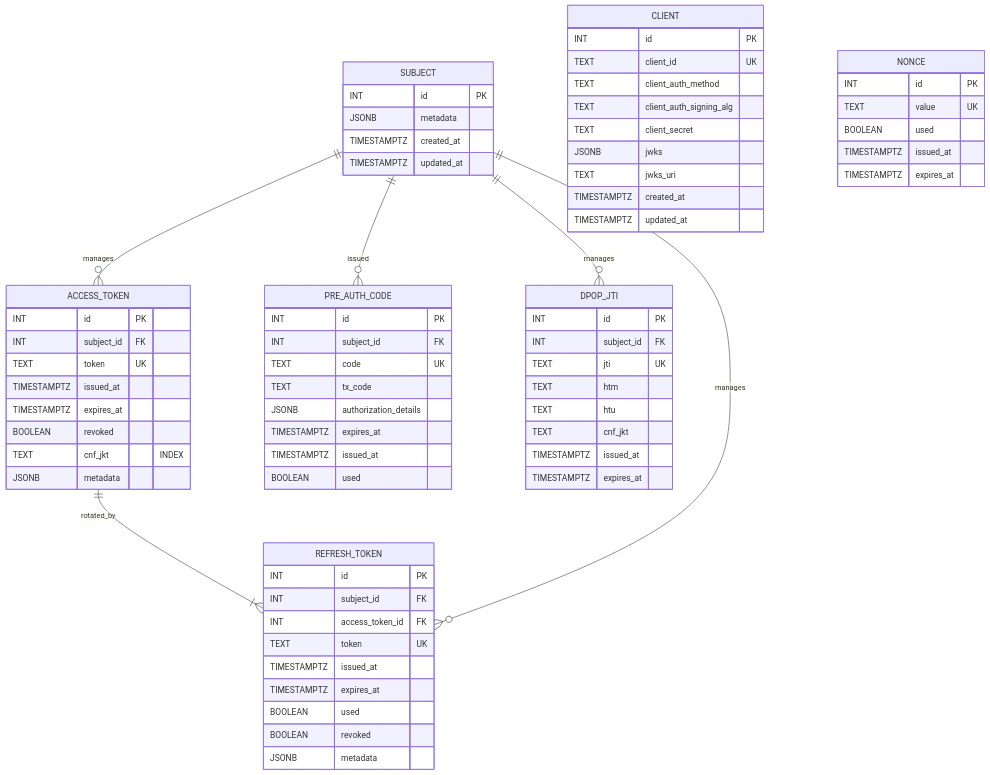
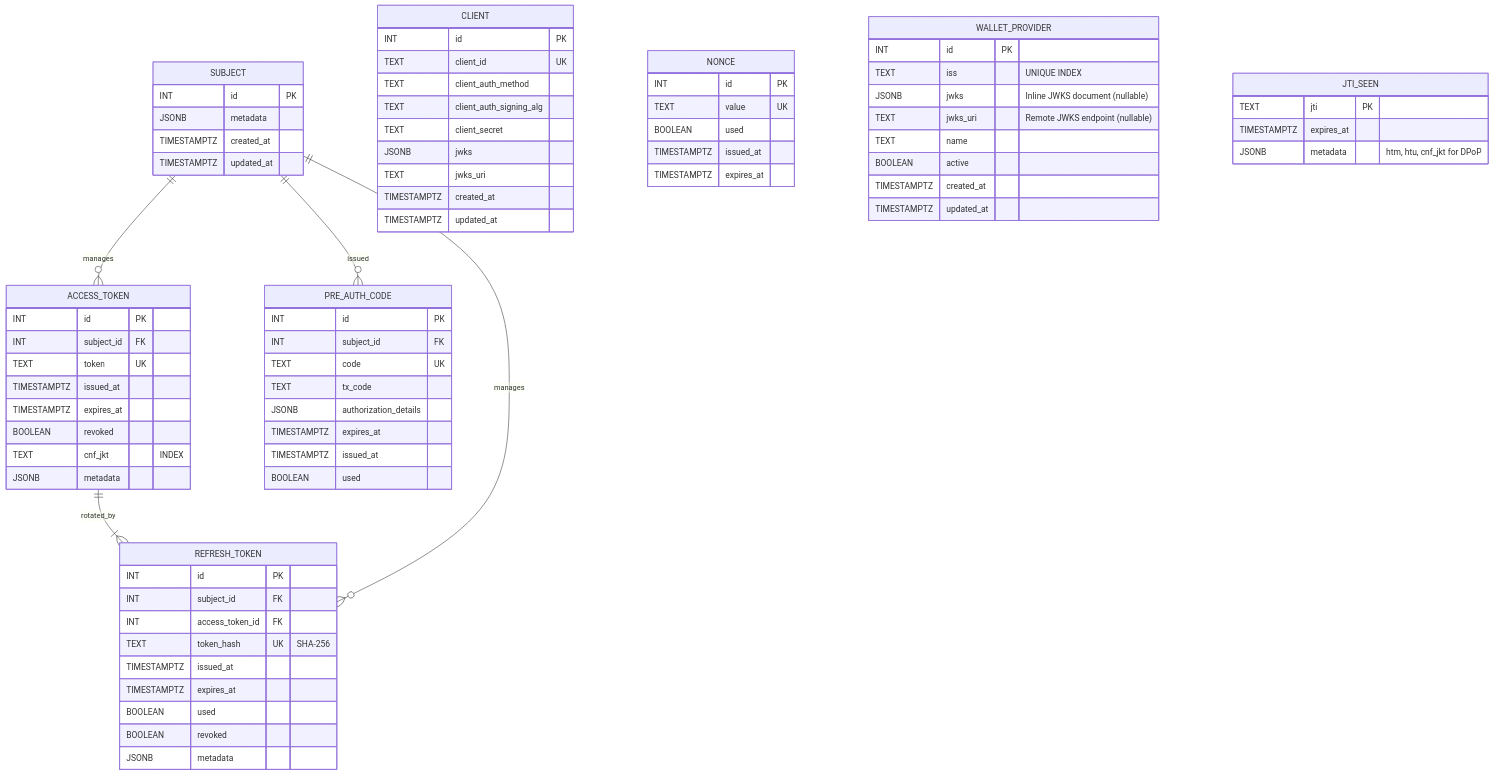
One commit to weiiv/acapy-plugins changed the ninth of 9 diagrams in oid4vc/auth_server/docs/auth-server-design.md. Above: the diagram before and after it, drawn with Mermaid. The commit also changed other lines of this file and 12 other files, not shown here.

````diff
--- a/oid4vc/auth_server/docs/auth-server-design.md
+++ b/oid4vc/auth_server/docs/auth-server-design.md
@@ -676,7 +876,6 @@
     SUBJECT ||--o{ PRE_AUTH_CODE : issued
     SUBJECT ||--o{ ACCESS_TOKEN : manages
     SUBJECT ||--o{ REFRESH_TOKEN : manages
-    SUBJECT ||--o{ DPOP_JTI : manages
     CLIENT
 
     SUBJECT {
@@ -712,23 +911,12 @@
         INT id PK
         INT subject_id FK
         INT access_token_id FK
-        TEXT token UK
+        TEXT token_hash UK "SHA-256"
         TIMESTAMPTZ issued_at
         TIMESTAMPTZ expires_at
         BOOLEAN used
         BOOLEAN revoked
         JSONB metadata
-    }
-
-    DPOP_JTI {
-        INT id PK
-        INT subject_id FK
-        TEXT jti UK
-        TEXT htm
-        TEXT htu
-        TEXT cnf_jkt
-        TIMESTAMPTZ issued_at
-        TIMESTAMPTZ expires_at
     }
 
     NONCE {
@@ -750,4 +938,21 @@
         TIMESTAMPTZ created_at
         TIMESTAMPTZ updated_at
     }
+
+    WALLET_PROVIDER {
+        INT id PK
+        TEXT iss "UNIQUE INDEX"
+        JSONB jwks "Inline JWKS document (nullable)"
+        TEXT jwks_uri "Remote JWKS endpoint (nullable)"
+        TEXT name
+        BOOLEAN active
+        TIMESTAMPTZ created_at
+        TIMESTAMPTZ updated_at
+    }
+
+    JTI_SEEN {
+        TEXT jti PK
+        TIMESTAMPTZ expires_at
+        JSONB metadata "htm, htu, cnf_jkt for DPoP"
+    }
 ```
````
